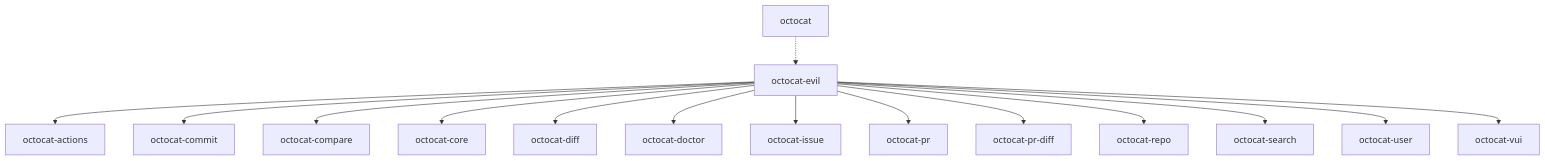
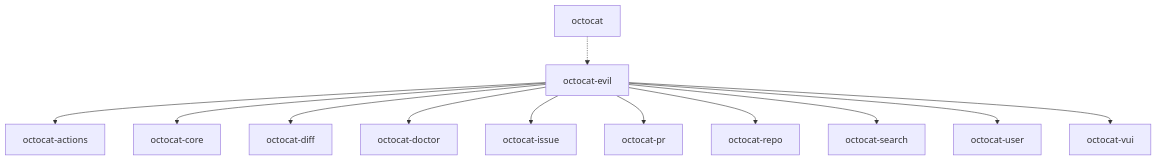
The second of 2 diagrams in docs/architecture.md (razzmatazz/octocat.el), drawn with Mermaid before and after one commit. The commit also changed other lines of this file and 17 other files, not shown here.

First line of the commit message:
Fold the commit and compare pages into octocat-diff, the PR diff into octocat-pr

````diff
--- a/docs/architecture.md
+++ b/docs/architecture.md
@@ -160,32 +142,26 @@
 ```mermaid
 flowchart TD
   octocat_actions[octocat-actions]
-  octocat_commit[octocat-commit]
-  octocat_compare[octocat-compare]
   octocat_core[octocat-core]
   octocat_diff[octocat-diff]
   octocat_doctor[octocat-doctor]
   octocat_evil[octocat-evil]
   octocat_issue[octocat-issue]
-  octocat_pr_diff[octocat-pr-diff]
   octocat_pr[octocat-pr]
   octocat_repo[octocat-repo]
   octocat_search[octocat-search]
   octocat_user[octocat-user]
   octocat_vui[octocat-vui]
   octocat[octocat]
   octocat_evil --> octocat_actions
-  octocat_evil --> octocat_commit
-  octocat_evil --> octocat_compare
   octocat_evil --> octocat_core
   octocat_evil --> octocat_diff
   octocat_evil --> octocat_doctor
   octocat_evil --> octocat_issue
   octocat_evil --> octocat_pr
-  octocat_evil --> octocat_pr_diff
   octocat_evil --> octocat_repo
   octocat_evil --> octocat_search
   octocat_evil --> octocat_user
   octocat_evil --> octocat_vui
   octocat -.-> octocat_evil
 ```
````
